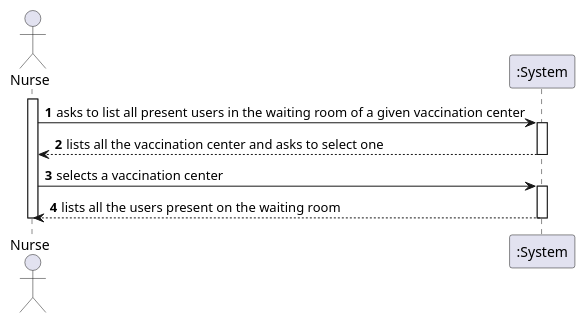
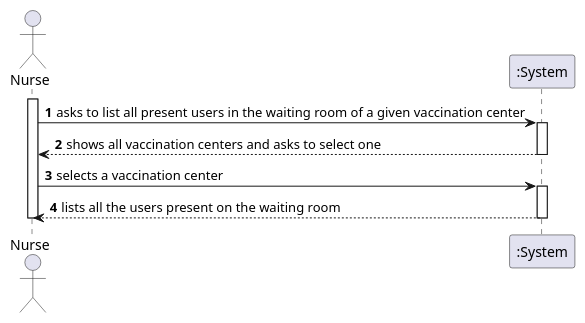
The diagram in docs/SprintC/US05/SSD/US05_SSD.puml (miseEnPlace-i/lapr2), drawn with PlantUML before and after one commit. The commit also changed 4 other files, not shown here.

```diff
--- a/docs/SprintC/US05/SSD/US05_SSD.puml
+++ b/docs/SprintC/US05/SSD/US05_SSD.puml
@@ -1,18 +1,18 @@
 @startuml
 autonumber
 actor "Nurse" as NURSE
 
 activate NURSE
 NURSE -> ":System" : asks to list all present users in the waiting room of a given vaccination center
 activate ":System"
-":System" --> NURSE : lists all the vaccination center and asks to select one
+":System" --> NURSE : shows all vaccination centers and asks to select one
 deactivate ":System"
 
 NURSE -> ":System" : selects a vaccination center
 activate ":System"
 ":System" --> NURSE : lists all the users present on the waiting room
 deactivate ":System"
 
 deactivate NURSE
 
 @enduml
```
